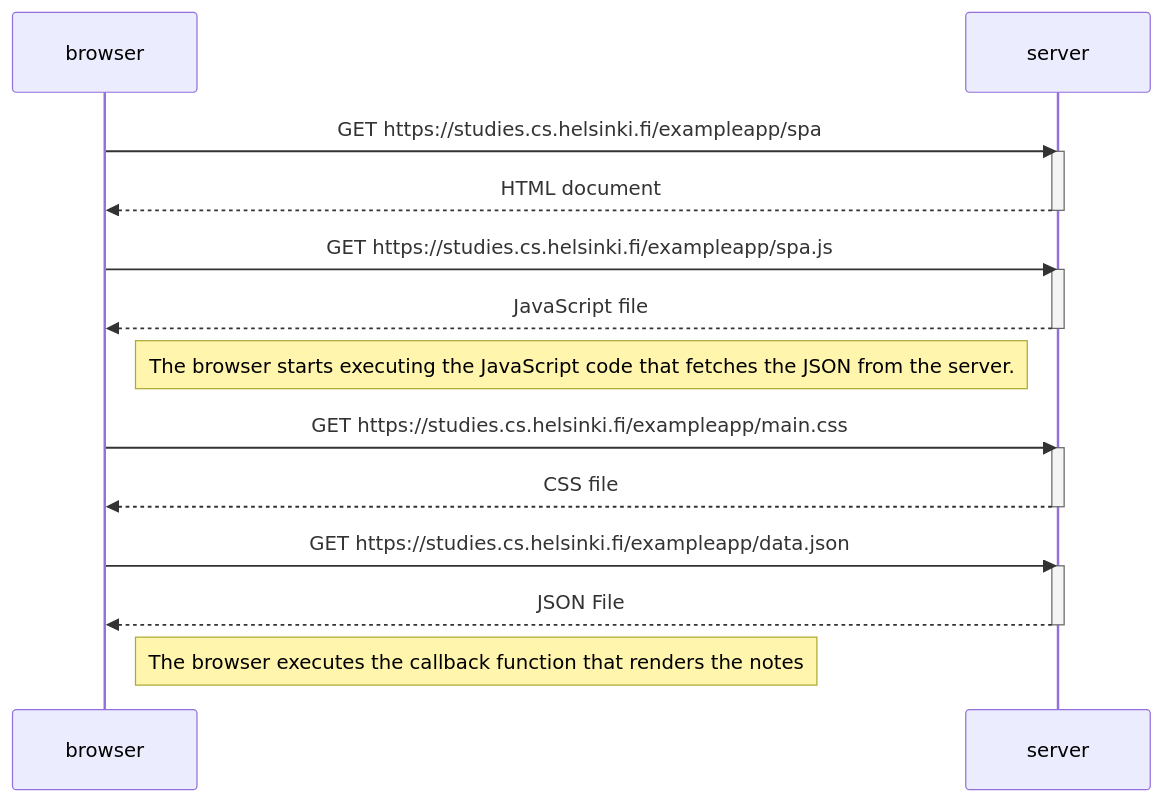
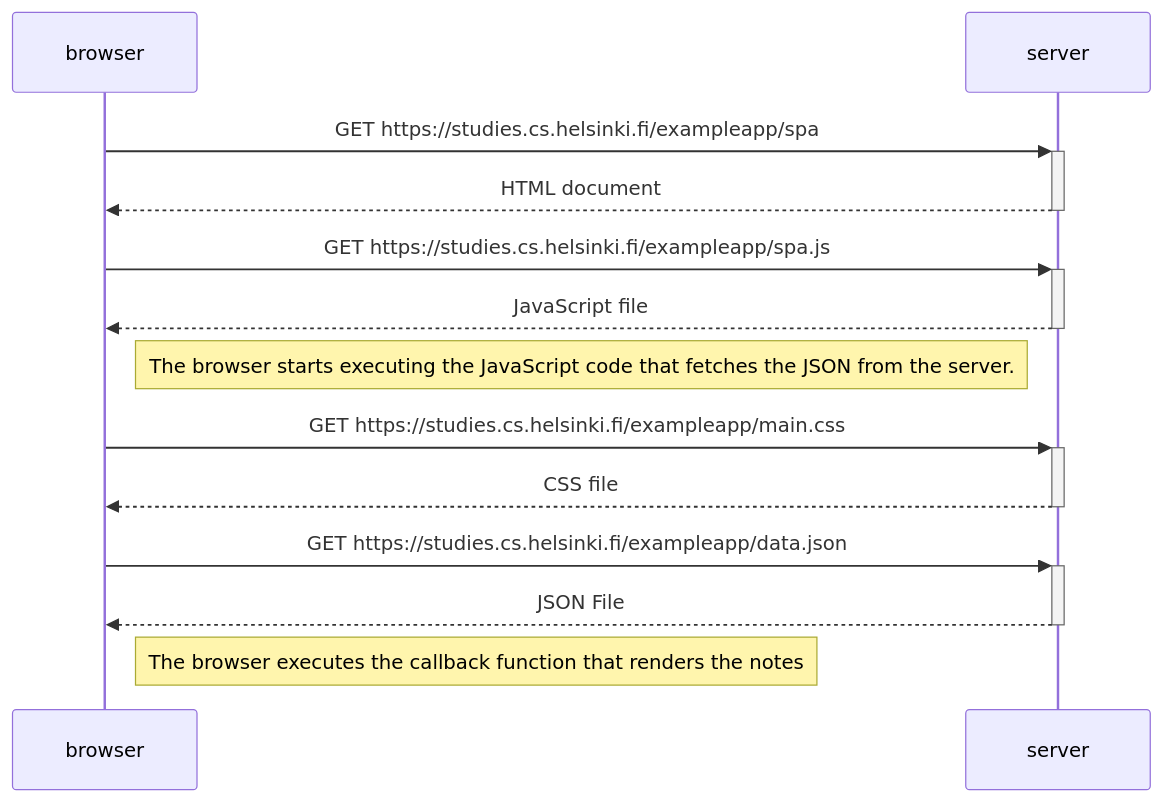
Before and after one commit to bapturp/fullstackopen: the diagram in part0/0.5_spa_diagram.md, drawn with Mermaid. The commit also changed 2 other files, not shown here.

Commit message:
improved syntax

````diff
--- a/part0/0.5_spa_diagram.md
+++ b/part0/0.5_spa_diagram.md
@@ -3,29 +3,21 @@
 ```mermaid
 sequenceDiagram
     participant browser
     participant server
 
-    browser->>server: GET https://studies.cs.helsinki.fi/exampleapp/spa
-    activate server
-    server-->>browser: HTML document
-    deactivate server
+    browser->>+server: GET https://studies.cs.helsinki.fi/exampleapp/spa
+    server-->>-browser: HTML document
 
-    browser->>server: GET https://studies.cs.helsinki.fi/exampleapp/spa.js
-    activate server
-    server-->>browser: JavaScript file
-    deactivate server
+    browser->>+server: GET https://studies.cs.helsinki.fi/exampleapp/spa.js
+    server-->>-browser: JavaScript file
 
     Note right of browser: The browser starts executing the JavaScript code that fetches the JSON from the server.
 
-    browser->>server: GET https://studies.cs.helsinki.fi/exampleapp/main.css
-    activate server
-    server-->>browser: CSS file
-    deactivate server
+    browser->>+server: GET https://studies.cs.helsinki.fi/exampleapp/main.css
+    server-->>-browser: CSS file
     
-    browser->>server: GET https://studies.cs.helsinki.fi/exampleapp/data.json
-    activate server
-    server-->>browser: JSON File
-    deactivate server
+    browser->>+server: GET https://studies.cs.helsinki.fi/exampleapp/data.json
+    server-->>-browser: JSON File
 
     Note right of browser: The browser executes the callback function that renders the notes
 ```
````
